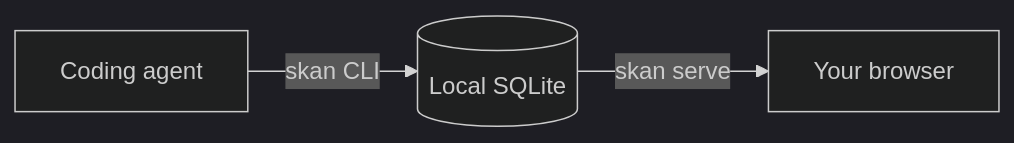
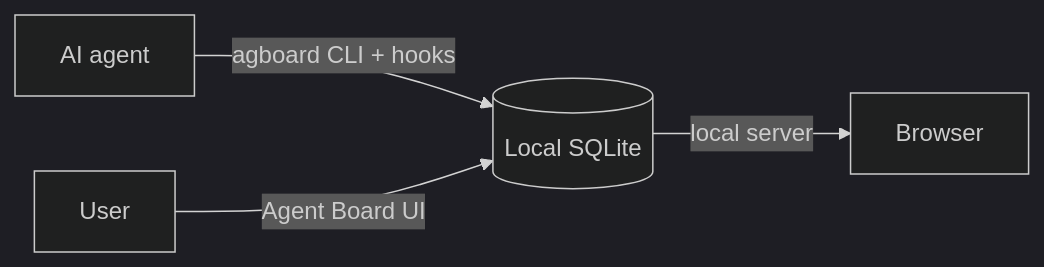
The diagram in README.md (FooQoo/agent-board), drawn with Mermaid (dark theme) before and after one commit. The commit also changed other lines of this file and 115 other files, not shown here.

Commit message:
feat: pivot SimpleKanban to Agent Board workflow

````diff
--- a/README.md
+++ b/README.md
@@ -29,5 +29,6 @@
 ```mermaid
 flowchart LR
-    A["Coding agent"] -- "skan CLI" --> D[("Local SQLite")]
-    D -- "skan serve" --> B["Your browser"]
+    A["AI agent"] -- "agboard CLI + hooks" --> D[("Local SQLite")]
+    U["User"] -- "Agent Board UI" --> D
+    D -- "local server" --> B["Browser"]
 ```
````
